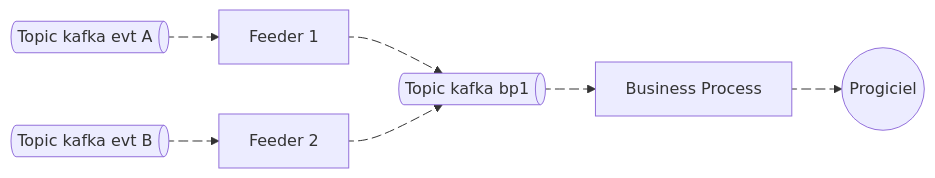
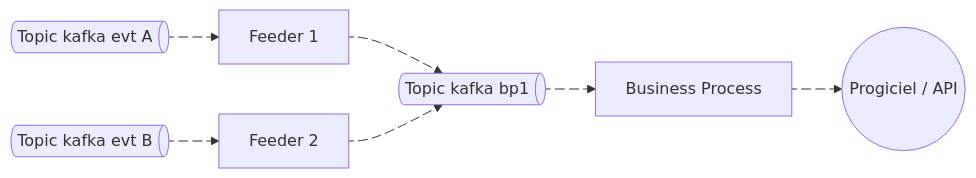
The first of 3 diagrams in blog/2025-05-01-synchro-kafka/index.mdx (larousso/larousso.github.com), drawn with Mermaid before and after one commit. The commit also changed other lines of this file and 2 other files, not shown here.

````diff
--- a/blog/2025-05-01-synchro-kafka/index.mdx
+++ b/blog/2025-05-01-synchro-kafka/index.mdx
@@ -42,23 +42,23 @@
 ```mermaid
 flowchart LR
    S1@{ shape: das, label: "Topic kafka evt A" }
    S2@{ shape: das, label: "Topic kafka evt B" }
    A@{ shape: das, label: "Topic kafka bp1" }
    feeder1["Feeder 1"]
    feeder2["Feeder 2"]
    bp1["Business Process"]
-   progiciel(("Progiciel"))
+   progiciel(("Progiciel / API"))
 
    S1 e1@--> feeder1
    e1@{ animate: true }
    S2 e2@--> feeder2
    e2@{ animate: true }
    feeder1 e3@--> A
    e3@{ animate: true }
    feeder2 e4@--> A
    e4@{ animate: true }
    A e5@--> bp1
    e5@{ animate: true }
    bp1 e6@--> progiciel
    e6@{ animate: true }
 ```
````
